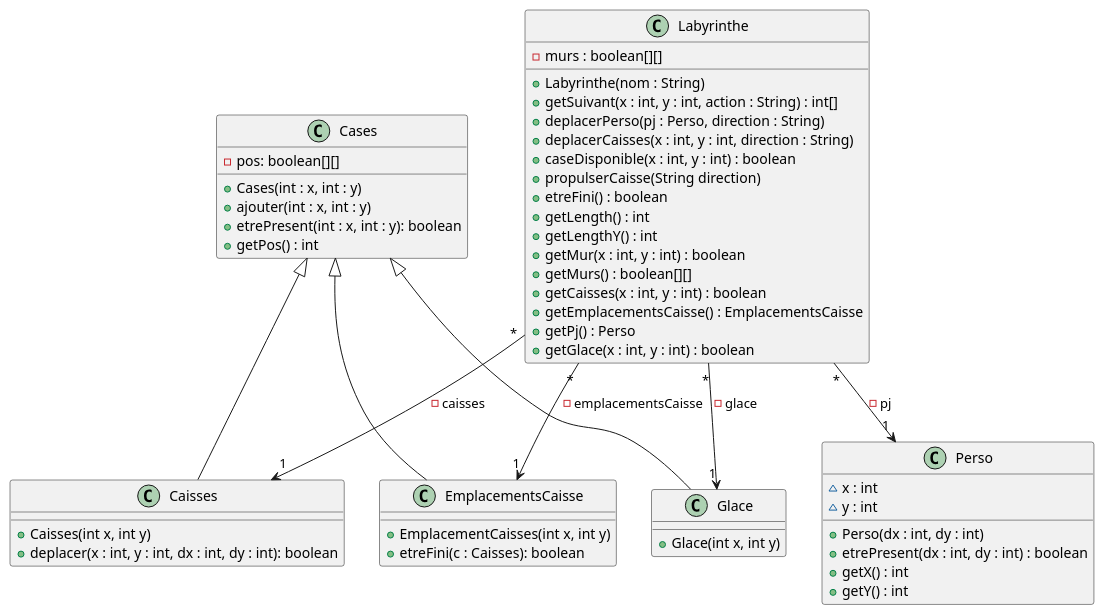
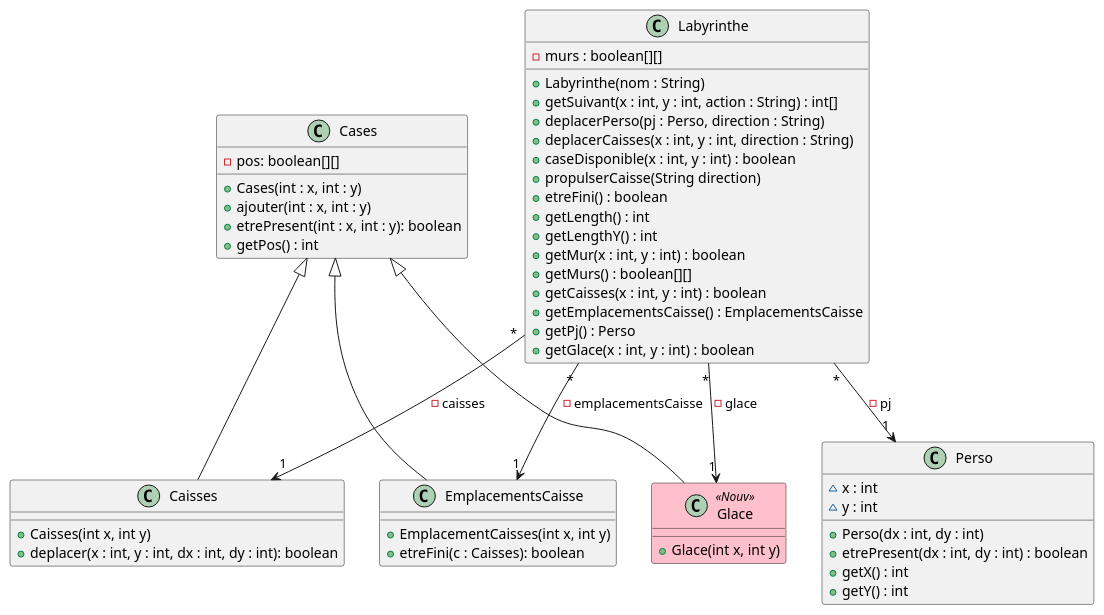
One commit to Flotss/Zeldiablo changed the diagram in documents/version_4/Modification du diagramme de classe de Labyrinthe.puml. Above: the diagram before and after it, drawn with PlantUML. The commit also changed 2 other files, not shown here.

Commit message:
ajout couleur diagramme de class

```diff
--- a/documents/version_4/Modification du diagramme de classe de Labyrinthe.puml
+++ b/documents/version_4/Modification du diagramme de classe de Labyrinthe.puml
@@ -1,63 +1,66 @@
 @startuml
+skinparam class{
+  BackgroundColor<<Nouv>> Pink
+}
 
 class Labyrinthe{
     - murs : boolean[][]
     + Labyrinthe(nom : String)
     + getSuivant(x : int, y : int, action : String) : int[]
     + deplacerPerso(pj : Perso, direction : String)
     + deplacerCaisses(x : int, y : int, direction : String)
     + caseDisponible(x : int, y : int) : boolean
     + propulserCaisse(String direction)
     + etreFini() : boolean
     + getLength() : int
     + getLengthY() : int
     + getMur(x : int, y : int) : boolean
     + getMurs() : boolean[][]
     + getCaisses(x : int, y : int) : boolean
     + getEmplacementsCaisse() : EmplacementsCaisse
     + getPj() : Perso
     + getGlace(x : int, y : int) : boolean
 }
 
 class Cases{
     - pos: boolean[][]
     + Cases(int : x, int : y)
     + ajouter(int : x, int : y)
     + etrePresent(int : x, int : y): boolean
     + getPos() : int
 }
 
 class Caisses {
     + Caisses(int x, int y)
     + deplacer(x : int, y : int, dx : int, dy : int): boolean
 }
 
 class EmplacementsCaisse {
     + EmplacementCaisses(int x, int y)
     + etreFini(c : Caisses): boolean
 }
 
-class Glace {
+class Glace <<Nouv>>{
     + Glace(int x, int y)
 }
 
 class Perso {
     ~ x : int
     ~ y : int
     + Perso(dx : int, dy : int)
     + etrePresent(dx : int, dy : int) : boolean
     + getX() : int
     + getY() : int
 }
 Labyrinthe "*" --> "1" Perso : - pj
 
 Labyrinthe "*" --> "1" Caisses : - caisses
 
 Labyrinthe "*" --> "1" Glace : - glace
 
 Labyrinthe "*" --> "1" EmplacementsCaisse : - emplacementsCaisse
 
 Cases <|-- Caisses
 Cases <|-- EmplacementsCaisse
 Cases <|-- Glace
 @enduml
```
